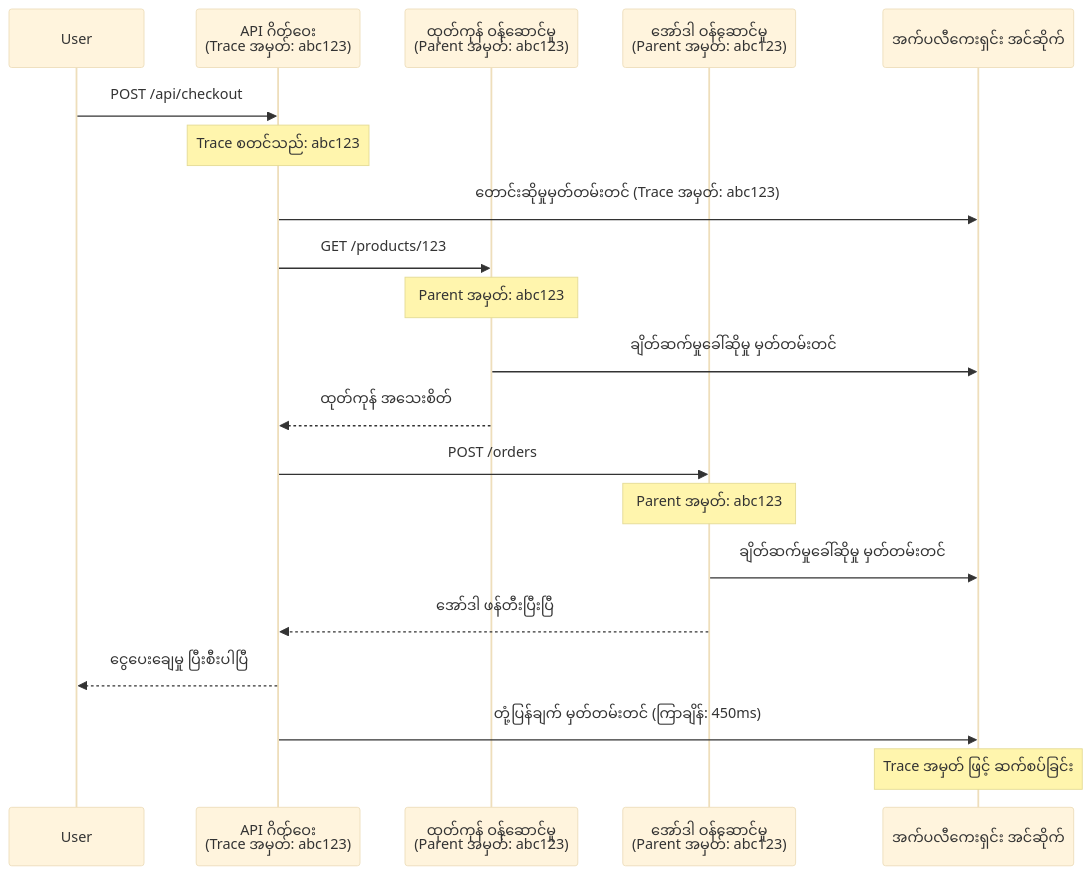
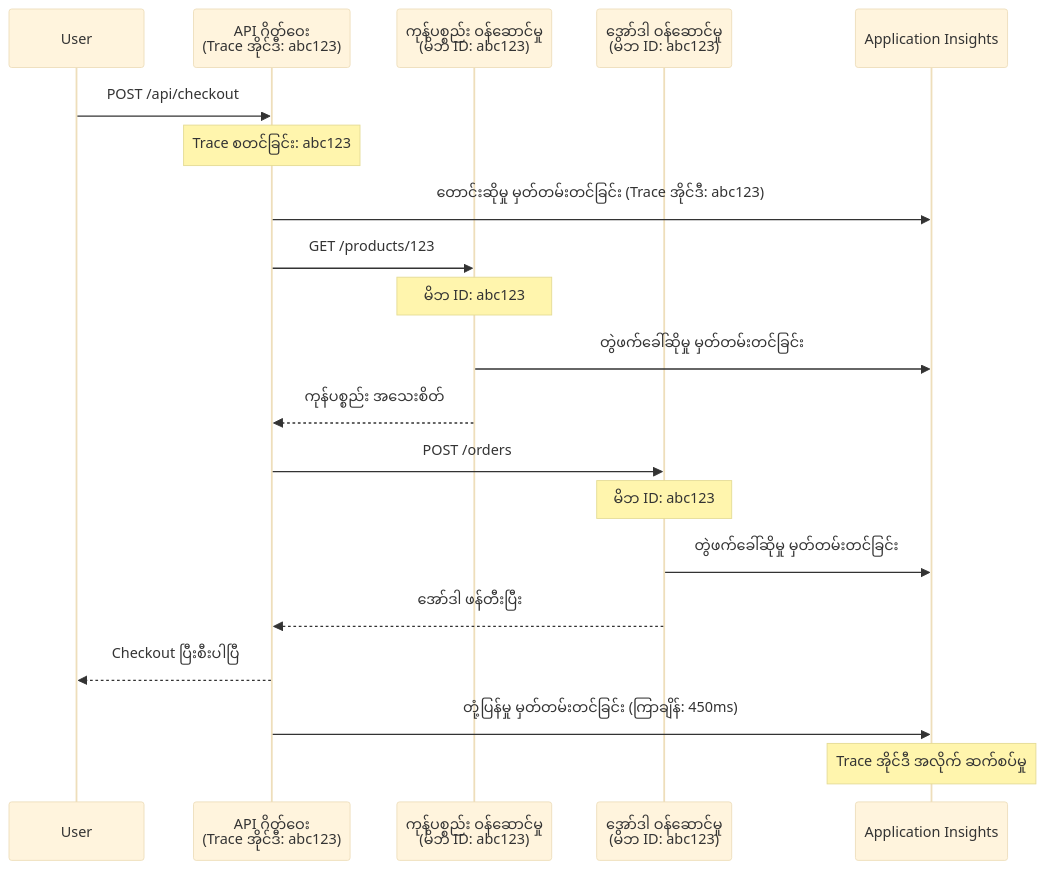
Before and after one commit to microsoft/AZD-for-beginners: the second of 2 diagrams in translations/my/docs/chapter-06-pre-deployment/application-insights.md, drawn with Mermaid (base theme). The commit also changed other lines of this file and 101 other files, not shown here.

````diff
--- a/translations/my/docs/chapter-06-pre-deployment/application-insights.md
+++ b/translations/my/docs/chapter-06-pre-deployment/application-insights.md
@@ -744,27 +744,27 @@
 ```mermaid
 sequenceDiagram
     participant User
-    participant Gateway as API ဂိတ်ဝေး<br/>(Trace အမှတ်: abc123)
-    participant Product as ထုတ်ကုန် ဝန်ဆောင်မှု<br/>(Parent အမှတ်: abc123)
-    participant Order as အော်ဒါ ဝန်ဆောင်မှု<br/>(Parent အမှတ်: abc123)
-    participant AppInsights as အက်ပလီကေးရှင်း အင်ဆိုက်
+    participant Gateway as API ဂိတ်ဝေး<br/>(Trace အိုင်ဒီ: abc123)
+    participant Product as ကုန်ပစ္စည်း ဝန်ဆောင်မှု<br/>(မိဘ ID: abc123)
+    participant Order as အော်ဒါ ဝန်ဆောင်မှု<br/>(မိဘ ID: abc123)
+    participant AppInsights as Application Insights
     
     User->>Gateway: POST /api/checkout
-    Note over Gateway: Trace စတင်သည်: abc123
-    Gateway->>AppInsights: တောင်းဆိုမှုမှတ်တမ်းတင် (Trace အမှတ်: abc123)
+    Note over Gateway: Trace စတင်ခြင်း: abc123
+    Gateway->>AppInsights: တောင်းဆိုမှု မှတ်တမ်းတင်ခြင်း (Trace အိုင်ဒီ: abc123)
     
     Gateway->>Product: GET /products/123
-    Note over Product: Parent အမှတ်: abc123
-    Product->>AppInsights: ချိတ်ဆက်မှုခေါ်ဆိုမှု မှတ်တမ်းတင်
-    Product-->>Gateway: ထုတ်ကုန် အသေးစိတ်
+    Note over Product: မိဘ ID: abc123
+    Product->>AppInsights: တွဲဖက်ခေါ်ဆိုမှု မှတ်တမ်းတင်ခြင်း
+    Product-->>Gateway: ကုန်ပစ္စည်း အသေးစိတ်
     
     Gateway->>Order: POST /orders
-    Note over Order: Parent အမှတ်: abc123
-    Order->>AppInsights: ချိတ်ဆက်မှုခေါ်ဆိုမှု မှတ်တမ်းတင်
-    Order-->>Gateway: အော်ဒါ ဖန်တီးပြီးပြီ
+    Note over Order: မိဘ ID: abc123
+    Order->>AppInsights: တွဲဖက်ခေါ်ဆိုမှု မှတ်တမ်းတင်ခြင်း
+    Order-->>Gateway: အော်ဒါ ဖန်တီးပြီး
     
-    Gateway-->>User: ငွေပေးချေမှု ပြီးစီးပါပြီ
-    Gateway->>AppInsights: တုံ့ပြန်ချက် မှတ်တမ်းတင် (ကြာချိန်: 450ms)
+    Gateway-->>User: Checkout ပြီးစီးပါပြီ
+    Gateway->>AppInsights: တုံ့ပြန်မှု မှတ်တမ်းတင်ခြင်း (ကြာချိန်: 450ms)
     
-    Note over AppInsights: Trace အမှတ် ဖြင့် ဆက်စပ်ခြင်း
+    Note over AppInsights: Trace အိုင်ဒီ အလိုက် ဆက်စပ်မှု
 ```
````
